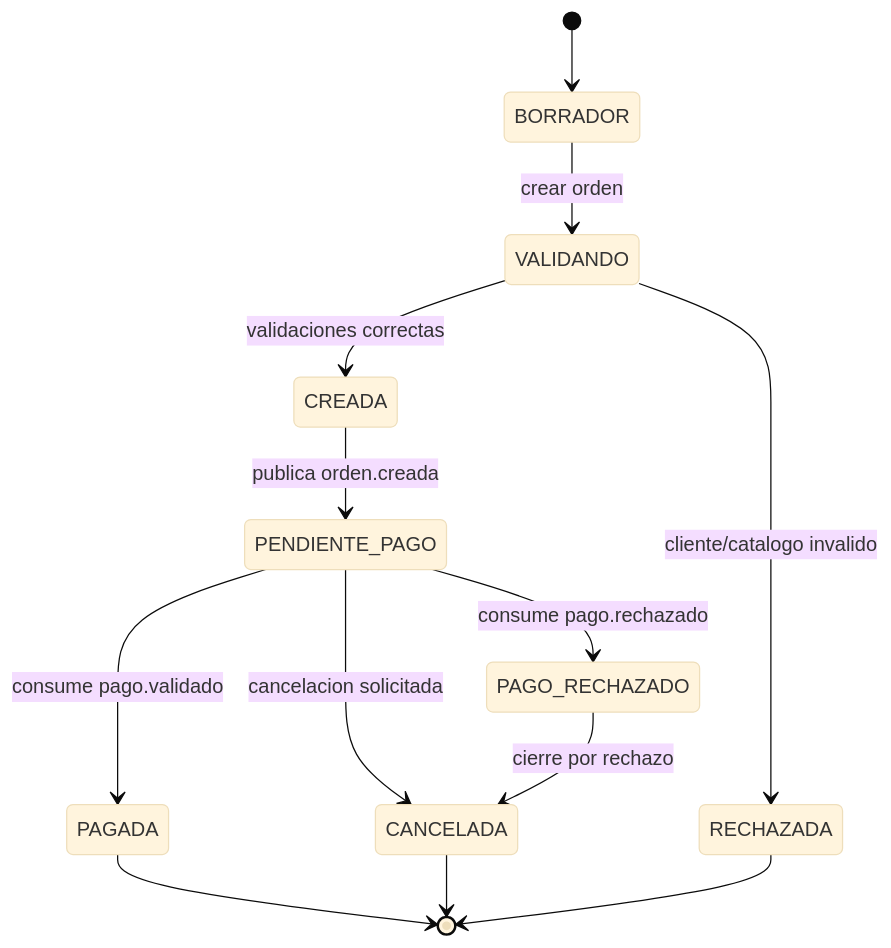
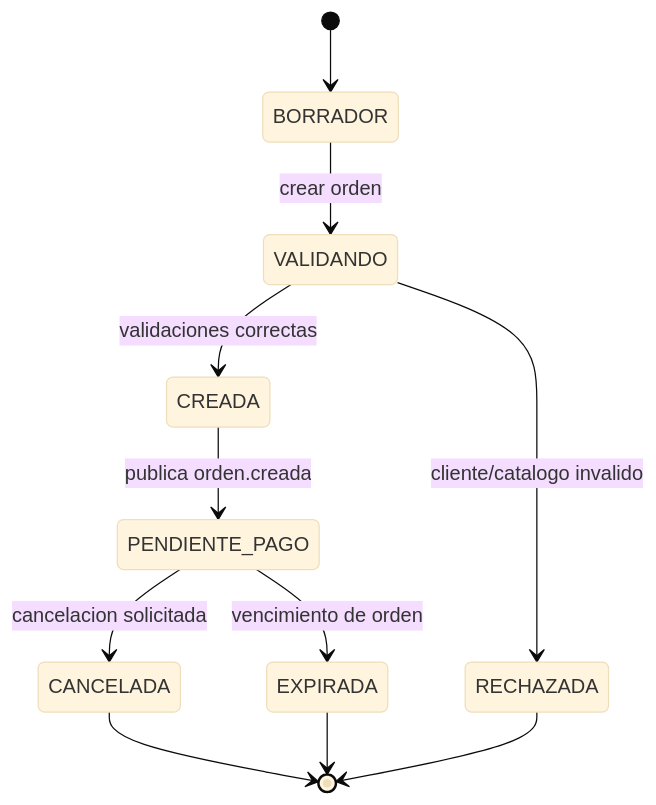
The fourth of 17 diagrams in README_02_ARQUITECTURA_DETALLADA.md (262dist/pagatu), drawn with Mermaid (base theme) before and after one commit. The commit also changed other lines of this file, not shown here.

````diff
--- a/README_02_ARQUITECTURA_DETALLADA.md
+++ b/README_02_ARQUITECTURA_DETALLADA.md
@@ -83,18 +84,16 @@
 ```mermaid
 stateDiagram-v2
     [*] --> BORRADOR
 
     BORRADOR --> VALIDANDO: crear orden
     VALIDANDO --> RECHAZADA: cliente/catalogo invalido
     VALIDANDO --> CREADA: validaciones correctas
 
     CREADA --> PENDIENTE_PAGO: publica orden.creada
-    PENDIENTE_PAGO --> PAGADA: consume pago.validado
-    PENDIENTE_PAGO --> PAGO_RECHAZADO: consume pago.rechazado
     PENDIENTE_PAGO --> CANCELADA: cancelacion solicitada
+    PENDIENTE_PAGO --> EXPIRADA: vencimiento de orden
 
-    PAGO_RECHAZADO --> CANCELADA: cierre por rechazo
-    PAGADA --> [*]
     CANCELADA --> [*]
+    EXPIRADA --> [*]
     RECHAZADA --> [*]
 ```
````
